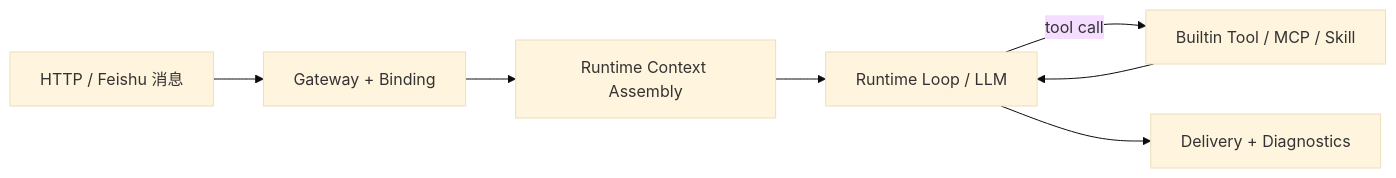
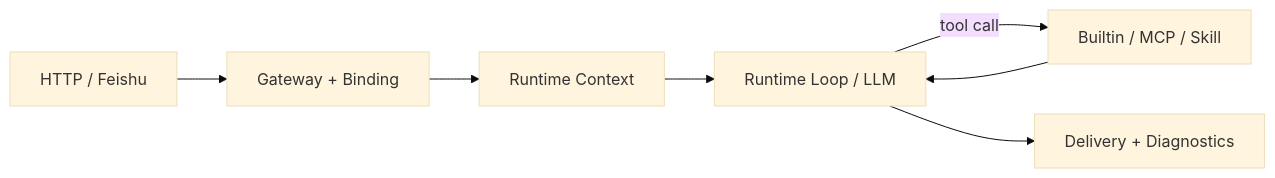
Before and after one commit to tiezhuli001/marten-runtime: the diagram in README.md, drawn with Mermaid (base theme). The commit also changed other lines of this file and 14 other files, not shown here.

````diff
--- a/README.md
+++ b/README.md
@@ -49,9 +32,9 @@
 ```mermaid
 flowchart LR
-    A["HTTP / Feishu 消息"] --> B["Gateway + Binding"]
-    B --> C["Runtime Context Assembly"]
+    A["HTTP / Feishu"] --> B["Gateway + Binding"]
+    B --> C["Runtime Context"]
     C --> D["Runtime Loop / LLM"]
-    D -->|"tool call"| E["Builtin Tool / MCP / Skill"]
+    D -->|"tool call"| E["Builtin / MCP / Skill"]
     E --> D
     D --> F["Delivery + Diagnostics"]
 ```
````
